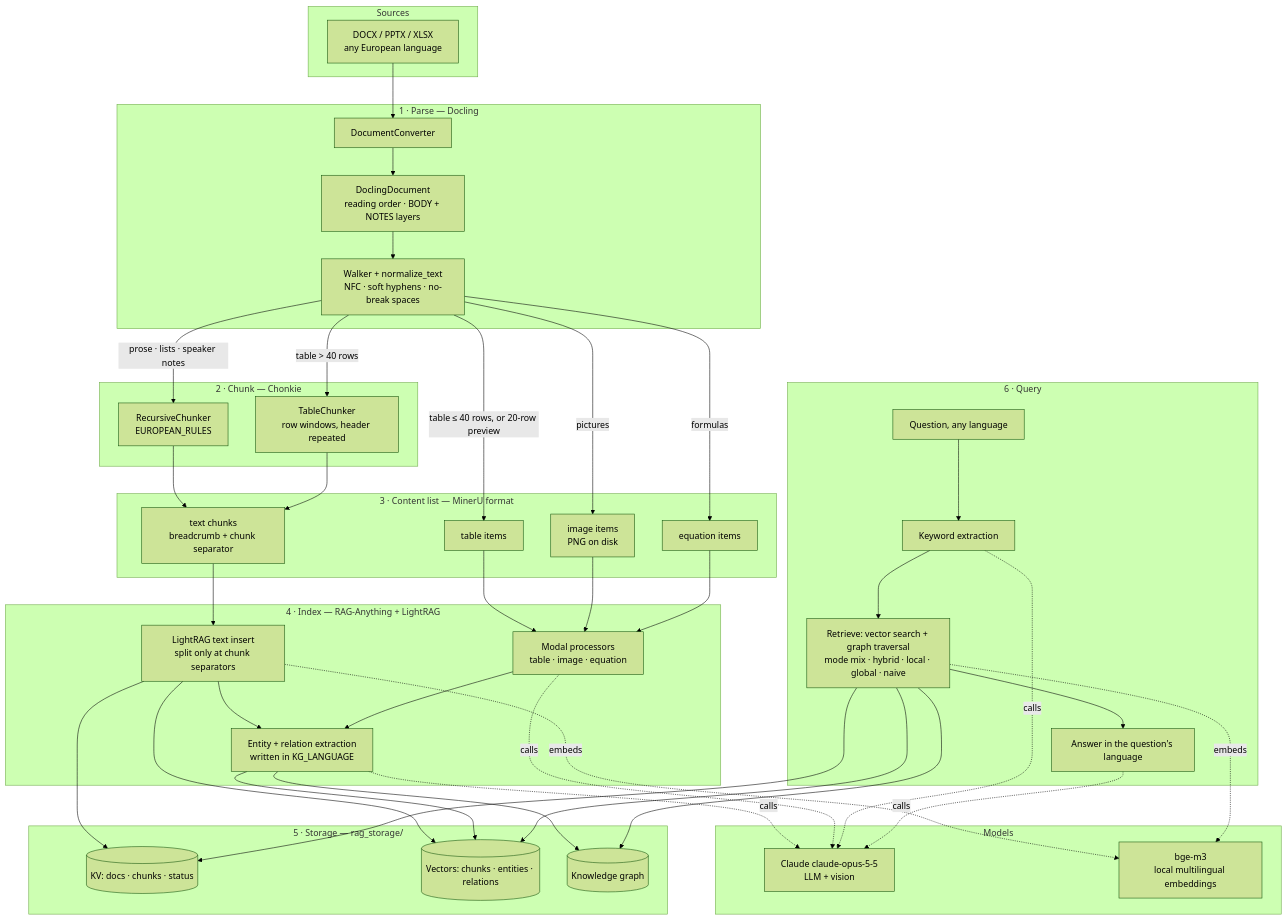
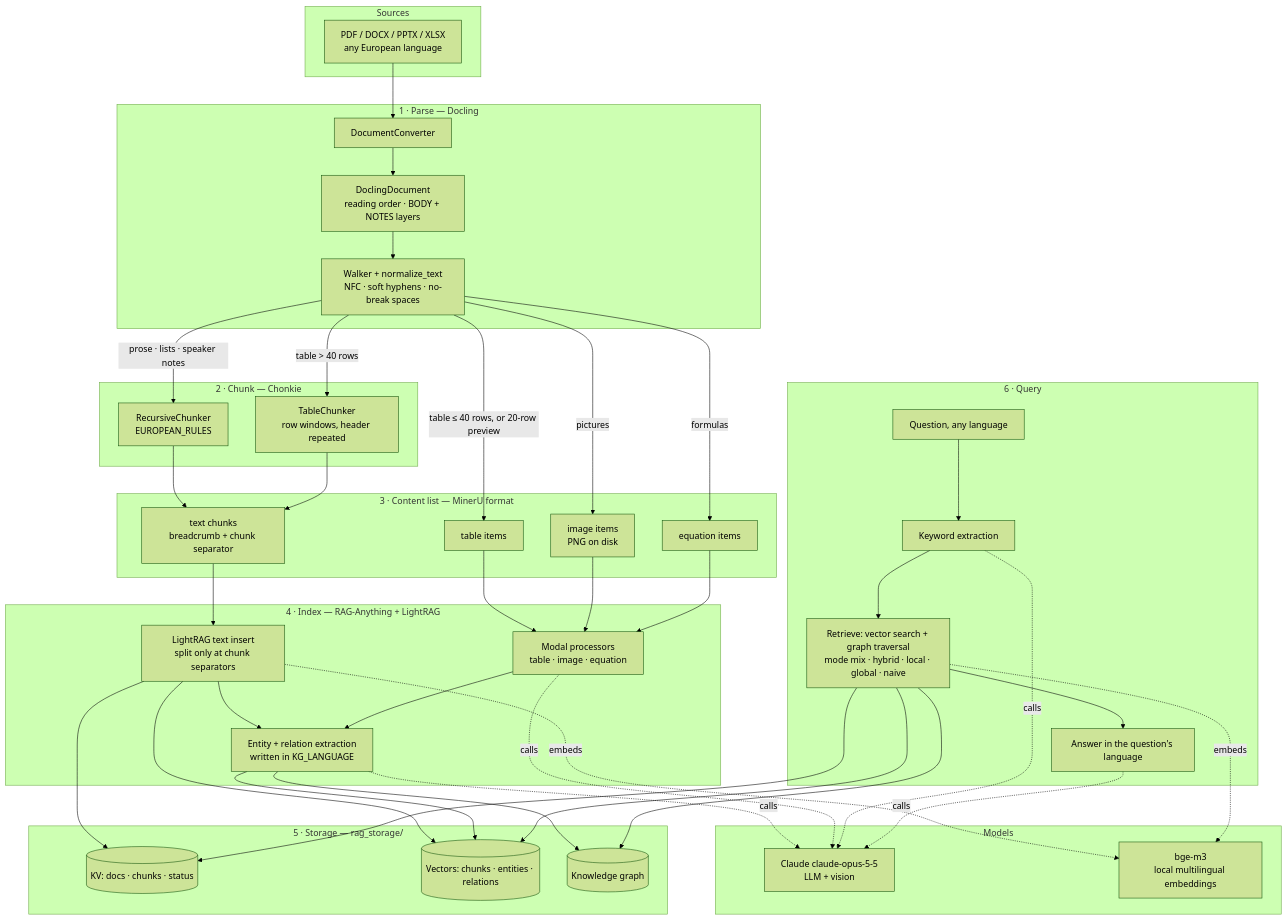
Before and after one commit to Pakshalbhandari/brag: the diagram in README.md, drawn with Mermaid (forest theme). The commit also changed other lines of this file and 17 other files, not shown here.

````diff
--- a/README.md
+++ b/README.md
@@ -20,75 +20,75 @@
 ```mermaid
 flowchart TB
     subgraph SRC["Sources"]
-        F["DOCX / PPTX / XLSX<br/>any European language"]
+        F["PDF / DOCX / PPTX / XLSX<br/>any European language"]
     end
 
     subgraph PARSE["1 · Parse — Docling"]
         DC["DocumentConverter"] --> DD["DoclingDocument<br/>reading order · BODY + NOTES layers"]
         DD --> W["Walker + normalize_text<br/>NFC · soft hyphens · no-break spaces"]
     end
 
     subgraph CHUNK["2 · Chunk — Chonkie"]
         RC["RecursiveChunker<br/>EUROPEAN_RULES"]
         TC["TableChunker<br/>row windows, header repeated"]
     end
 
     subgraph CL["3 · Content list — MinerU format"]
         TXT["text chunks<br/>breadcrumb + chunk separator"]
         TAB["table items"]
         IMG["image items<br/>PNG on disk"]
         EQ["equation items"]
     end
 
     subgraph RA["4 · Index — RAG-Anything + LightRAG"]
         LR["LightRAG text insert<br/>split only at chunk separators"]
         MP["Modal processors<br/>table · image · equation"]
         EX["Entity + relation extraction<br/>written in KG_LANGUAGE"]
     end
 
     subgraph MODELS["Models"]
         CL4["Claude claude-opus-5-5<br/>LLM + vision"]
         EMB["bge-m3<br/>local multilingual embeddings"]
     end
 
     subgraph STORE["5 · Storage — rag_storage/"]
         KV[("KV: docs · chunks · status")]
         VDB[("Vectors: chunks · entities · relations")]
         KG[("Knowledge graph")]
     end
 
     subgraph Q["6 · Query"]
         QU["Question, any language"] --> KW["Keyword extraction"]
         KW --> RET["Retrieve: vector search + graph traversal<br/>mode mix · hybrid · local · global · naive"]
         RET --> ANS["Answer in the question's language"]
     end
 
     F --> DC
     W -- "prose · lists · speaker notes" --> RC --> TXT
     W -- "table > 40 rows" --> TC --> TXT
     W -- "table ≤ 40 rows, or 20-row preview" --> TAB
     W -- pictures --> IMG
     W -- formulas --> EQ
 
     TXT --> LR --> EX
     TAB --> MP
     IMG --> MP
     EQ --> MP
     MP --> EX
 
     EX -. calls .-> CL4
     MP -. calls .-> CL4
     LR -. embeds .-> EMB
 
     LR --> KV
     LR --> VDB
     EX --> VDB
     EX --> KG
 
     KW -. calls .-> CL4
     RET --> VDB
     RET --> KG
     RET --> KV
     RET -. embeds .-> EMB
     ANS -. calls .-> CL4
 ```
````
